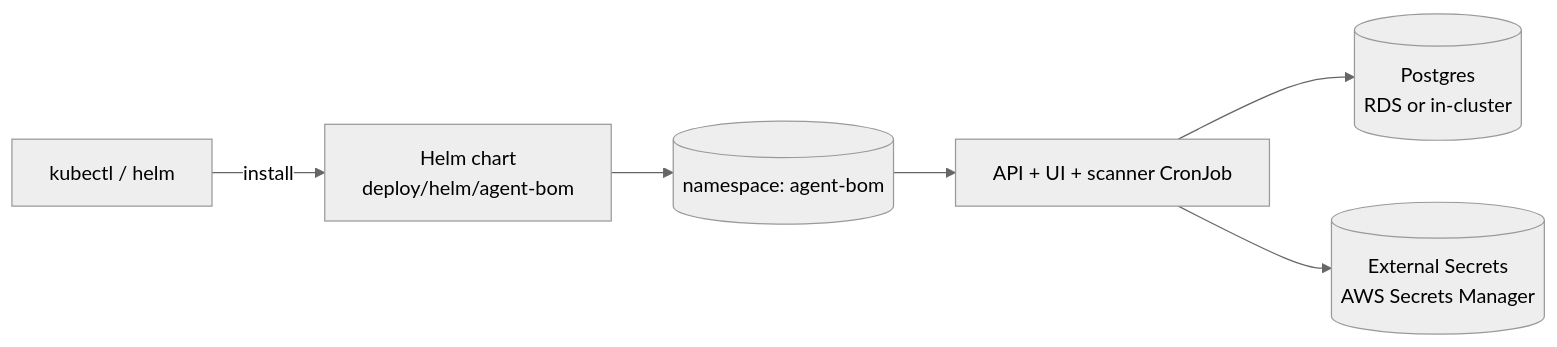
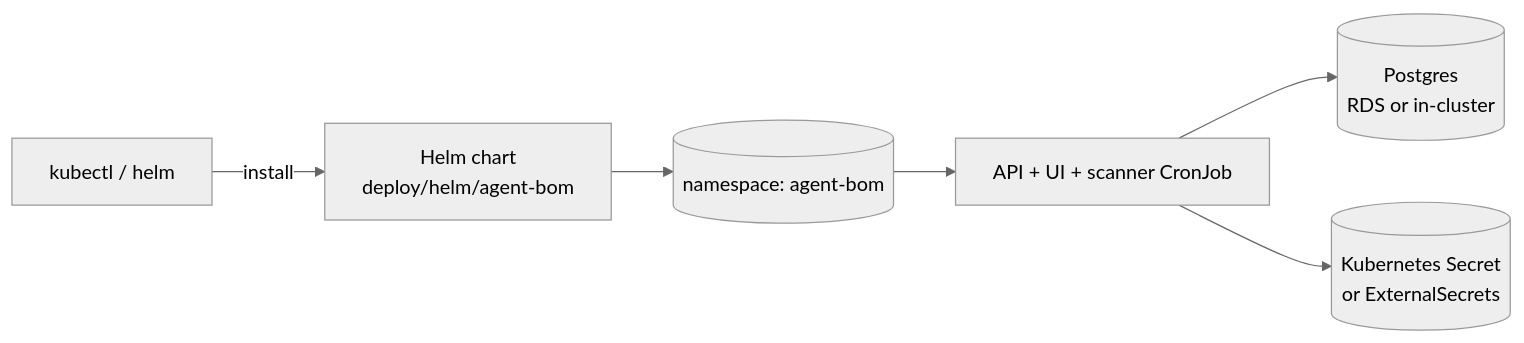
Before and after one commit to msaad00/agent-bom: the first of 3 diagrams in site-docs/deployment/eks-mcp-pilot.md, drawn with Mermaid (neutral theme). The commit also changed other lines of this file and 3 other files, not shown here.

````diff
--- a/site-docs/deployment/eks-mcp-pilot.md
+++ b/site-docs/deployment/eks-mcp-pilot.md
@@ -164,8 +164,8 @@
 ```mermaid
 flowchart LR
   kc[kubectl / helm] -->|install| helm[Helm chart<br/>deploy/helm/agent-bom]
   helm --> ns[(namespace: agent-bom)]
   ns --> api[API + UI + scanner CronJob]
   api --> pg[(Postgres<br/>RDS or in-cluster)]
-  api --> es[(External Secrets<br/>AWS Secrets Manager)]
+  api --> sec[(Kubernetes Secret<br/>or ExternalSecrets)]
 ```
````
